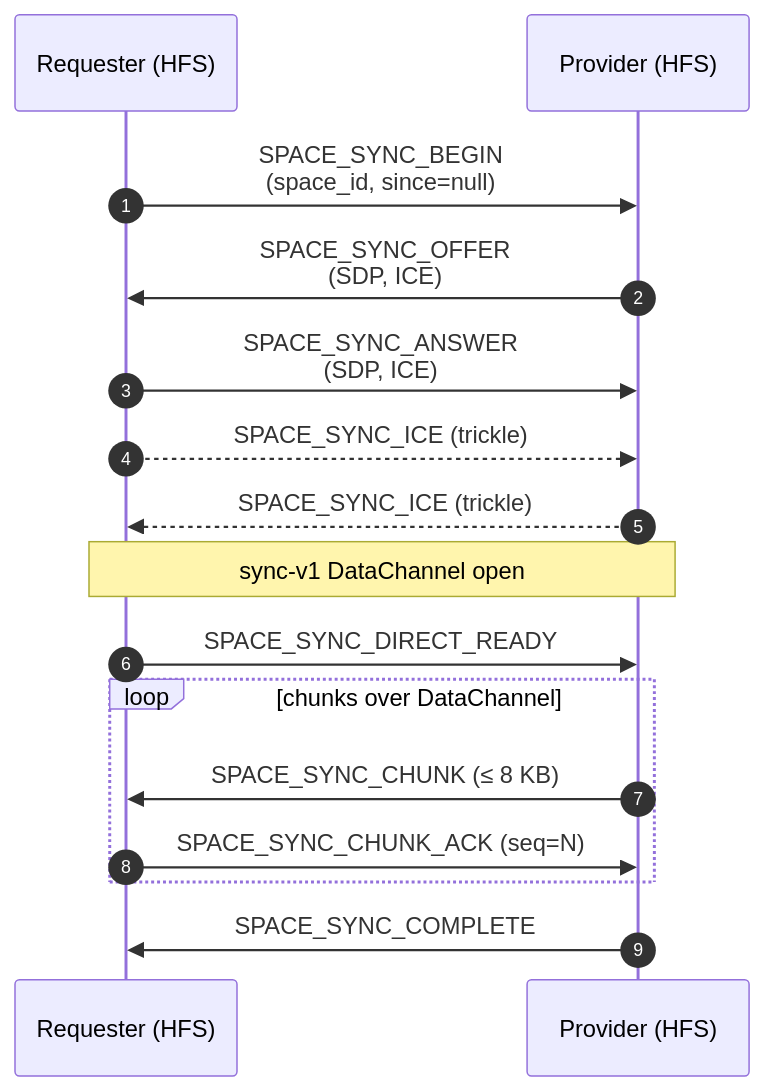
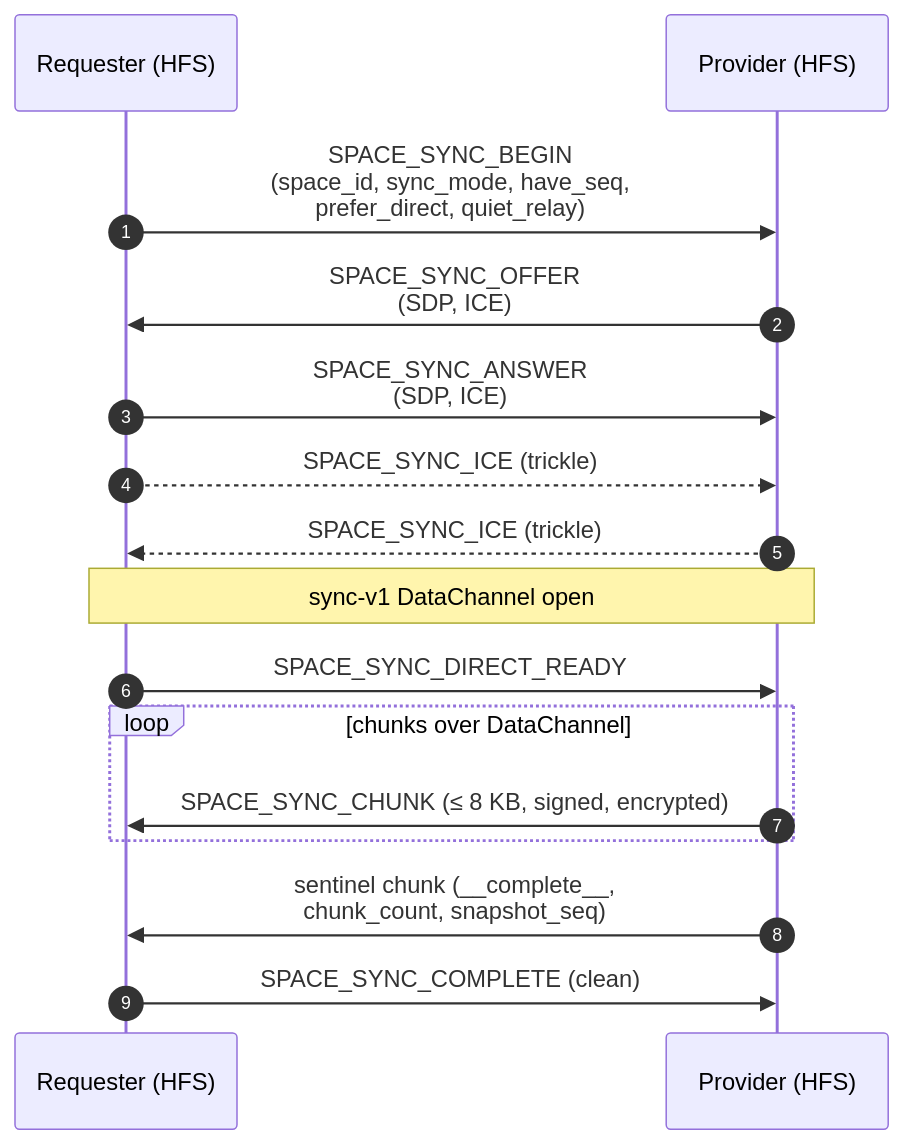
One commit to social-home-io/socialhome changed the first of 3 diagrams in docs/protocol/sync.md. Above: the diagram before and after it, drawn with Mermaid. The commit also changed other lines of this file and 7 other files, not shown here.

````diff
--- a/docs/protocol/sync.md
+++ b/docs/protocol/sync.md
@@ -37,18 +39,18 @@
 ```mermaid
 sequenceDiagram
     autonumber
     participant R as Requester (HFS)
     participant P as Provider (HFS)
-    R->>P: SPACE_SYNC_BEGIN<br/>(space_id, since=null)
+    R->>P: SPACE_SYNC_BEGIN<br/>(space_id, sync_mode, have_seq,<br/>prefer_direct, quiet_relay)
     P->>R: SPACE_SYNC_OFFER<br/>(SDP, ICE)
     R->>P: SPACE_SYNC_ANSWER<br/>(SDP, ICE)
     R-->>P: SPACE_SYNC_ICE (trickle)
     P-->>R: SPACE_SYNC_ICE (trickle)
     Note over R,P: sync-v1 DataChannel open
     R->>P: SPACE_SYNC_DIRECT_READY
     loop chunks over DataChannel
-        P->>R: SPACE_SYNC_CHUNK (≤ 8 KB)
-        R->>P: SPACE_SYNC_CHUNK_ACK (seq=N)
+        P->>R: SPACE_SYNC_CHUNK (≤ 8 KB, signed, encrypted)
     end
-    P->>R: SPACE_SYNC_COMPLETE
+    P->>R: sentinel chunk (__complete__,<br/>chunk_count, snapshot_seq)
+    R->>P: SPACE_SYNC_COMPLETE (clean)
 ```
````
